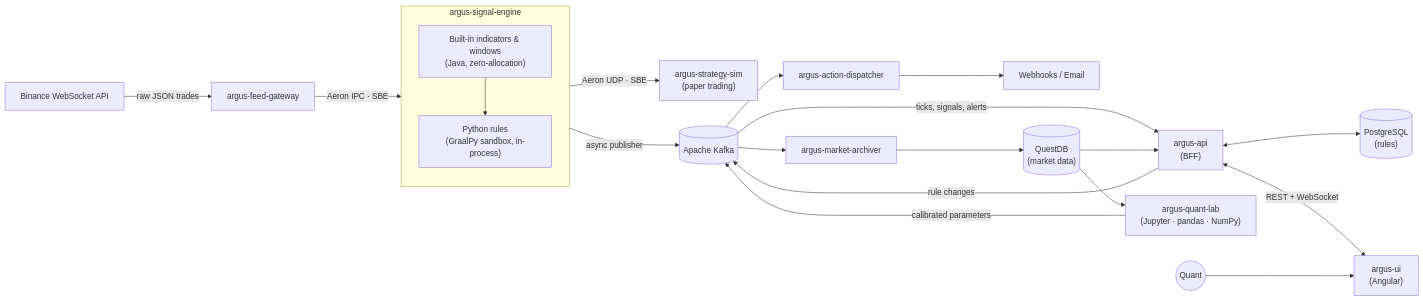
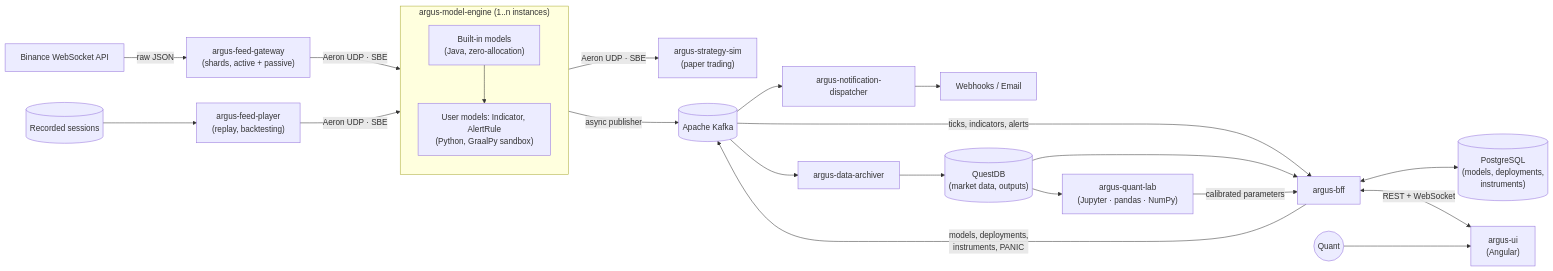
The diagram in README.md (MeSeeFoo/argus-quant-engine), drawn with Mermaid before and after one commit. The commit also changed other lines of this file and 2 other files, not shown here.

First line of the commit message:
docs: describe the revised architecture in the README and the roadmap (#41)

````diff
--- a/README.md
+++ b/README.md
@@ -53,29 +55,31 @@
 ```mermaid
 flowchart LR
-    BIN["Binance WebSocket API"] -->|"raw JSON trades"| FG["argus-feed-gateway"]
-    FG -->|"Aeron IPC · SBE"| SE
+    BIN["Binance WebSocket API"] -->|"raw JSON"| FG["argus-feed-gateway<br/>(shards, active + passive)"]
+    FILES[("Recorded sessions")] --> FP["argus-feed-player<br/>(replay, backtesting)"]
+    FG -->|"Aeron UDP · SBE"| ME
+    FP -->|"Aeron UDP · SBE"| ME
 
-    subgraph SE["argus-signal-engine"]
+    subgraph ME["argus-model-engine (1..n instances)"]
         direction TB
-        IND["Built-in indicators & windows<br/>(Java, zero-allocation)"]
-        RUL["Python rules<br/>(GraalPy sandbox, in-process)"]
-        IND --> RUL
+        BM["Built-in models<br/>(Java, zero-allocation)"]
+        PY["User models: Indicator, AlertRule<br/>(Python, GraalPy sandbox)"]
+        BM --> PY
     end
 
-    SE -->|"Aeron UDP · SBE"| STR["argus-strategy-sim<br/>(paper trading)"]
-    SE -->|"async publisher"| K[("Apache Kafka")]
+    ME -->|"Aeron UDP · SBE"| STR["argus-strategy-sim<br/>(paper trading)"]
+    ME -->|"async publisher"| K[("Apache Kafka")]
 
-    K --> DSP["argus-action-dispatcher"]
-    DSP --> EXT["Webhooks / Email"]
-    K --> ARC["argus-market-archiver"]
-    ARC --> QDB[("QuestDB<br/>(market data)")]
+    K --> ND["argus-notification-dispatcher"]
+    ND --> EXT["Webhooks / Email"]
+    K --> DA["argus-data-archiver"]
+    DA --> QDB[("QuestDB<br/>(market data, outputs)")]
 
-    K -->|"ticks, signals, alerts"| API["argus-api<br/>(BFF)"]
-    QDB --> API
-    API <--> PG[("PostgreSQL<br/>(rules)")]
-    API -->|"rule changes"| K
+    K -->|"ticks, indicators, alerts"| BFF["argus-bff"]
+    QDB --> BFF
+    BFF <--> PG[("PostgreSQL<br/>(models, deployments,<br/>instruments)")]
+    BFF -->|"models, deployments,<br/>instruments, PANIC"| K
     QDB --> LAB["argus-quant-lab<br/>(Jupyter · pandas · NumPy)"]
-    LAB -->|"calibrated parameters"| K
-    API <-->|"REST + WebSocket"| UI["argus-ui<br/>(Angular)"]
+    LAB -->|"calibrated parameters"| BFF
+    BFF <-->|"REST + WebSocket"| UI["argus-ui<br/>(Angular)"]
     USR(("Quant")) --> UI
 ```
````
